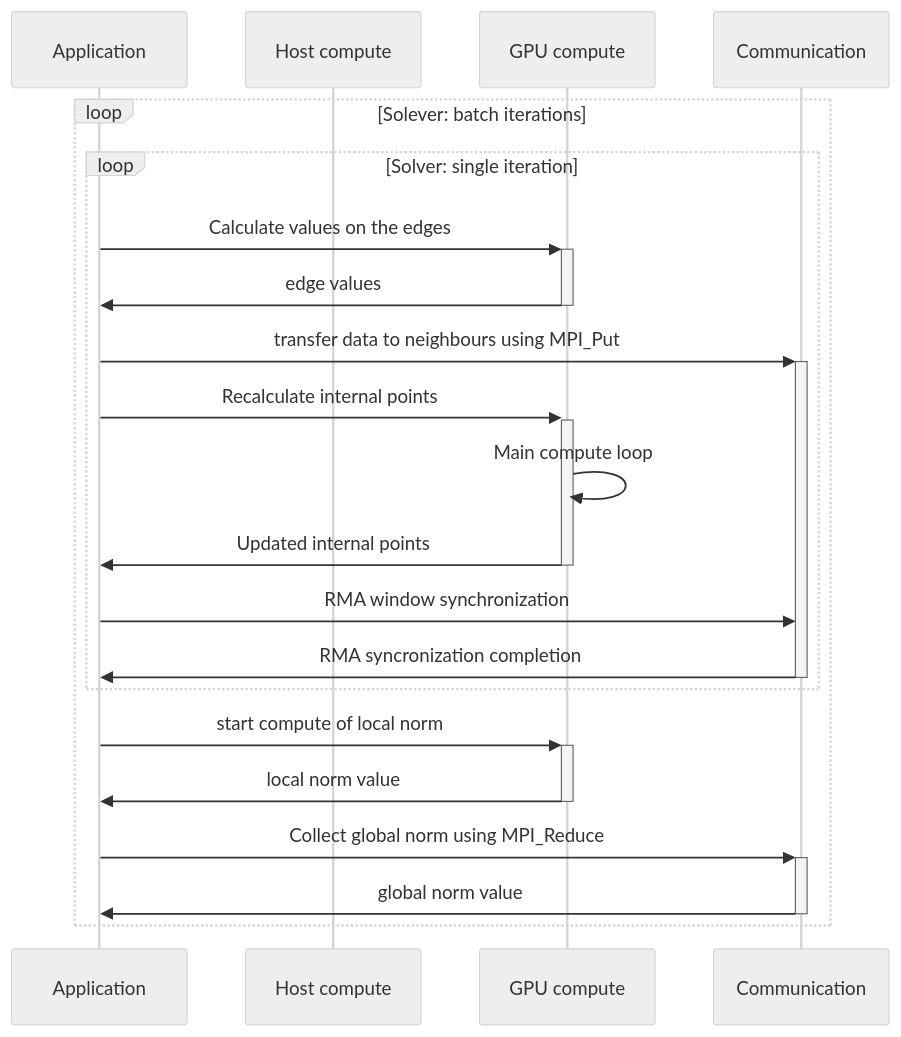
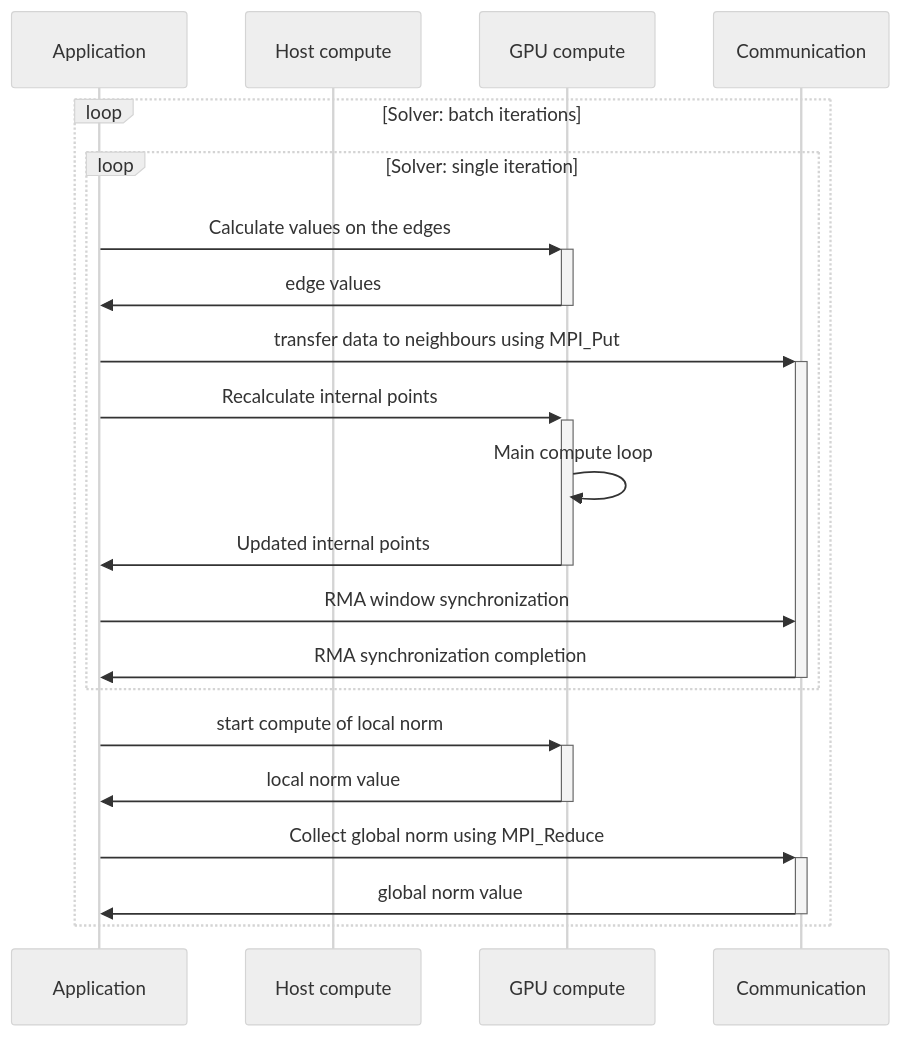
The second of 4 diagrams in Libraries/MPI/jacobian_solver/README.md (oneapi-src/oneAPI-samples), drawn with Mermaid (neutral theme) before and after one commit. The commit also changed other lines of this file and 11 other files, not shown here.

````diff
--- a/Libraries/MPI/jacobian_solver/README.md
+++ b/Libraries/MPI/jacobian_solver/README.md
@@ -98,24 +98,24 @@
 ```mermaid
 sequenceDiagram
   participant APP as Application
   participant HC as Host compute
   participant GC as GPU compute
   participant COMM as Communication
 
-  loop Solever: batch iterations
+  loop Solver: batch iterations
     loop Solver: single iteration
       APP ->>+ GC: Calculate values on the edges
       GC ->>- APP: edge values
       APP ->>+ COMM: transfer data to neighbours using MPI_Put
       APP ->>+ GC: Recalculate internal points
       GC ->> GC: Main compute loop
       GC ->>- APP: Updated internal points
       APP ->> COMM: RMA window synchronization
-      COMM ->>- APP: RMA syncronization completion
+      COMM ->>- APP: RMA synchronization completion
     end
     APP ->>+ GC: start compute of local norm
     GC ->>- APP: local norm value
     APP ->>+ COMM: Collect global norm using MPI_Reduce
     COMM ->>- APP: global norm value
   end
 ```
````
